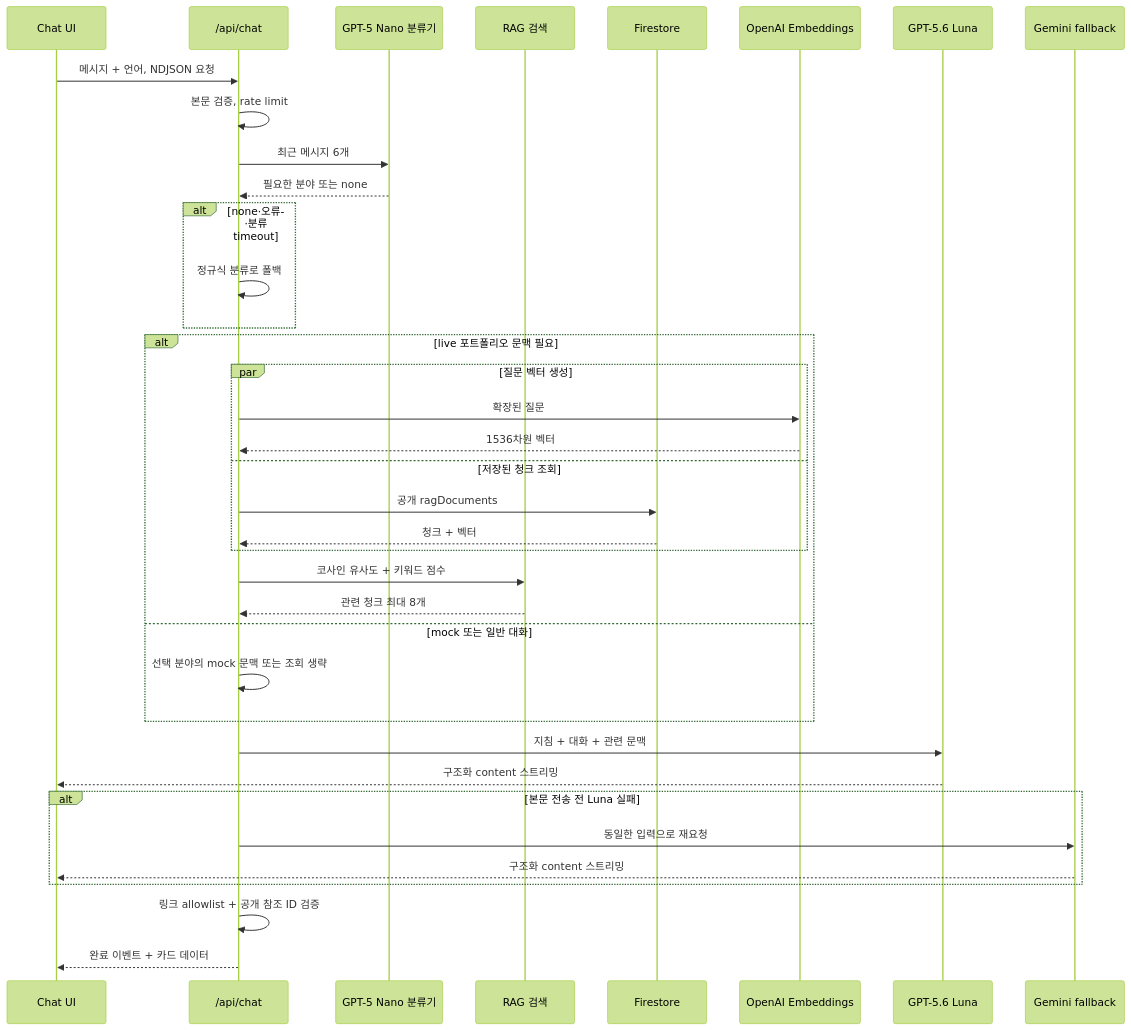
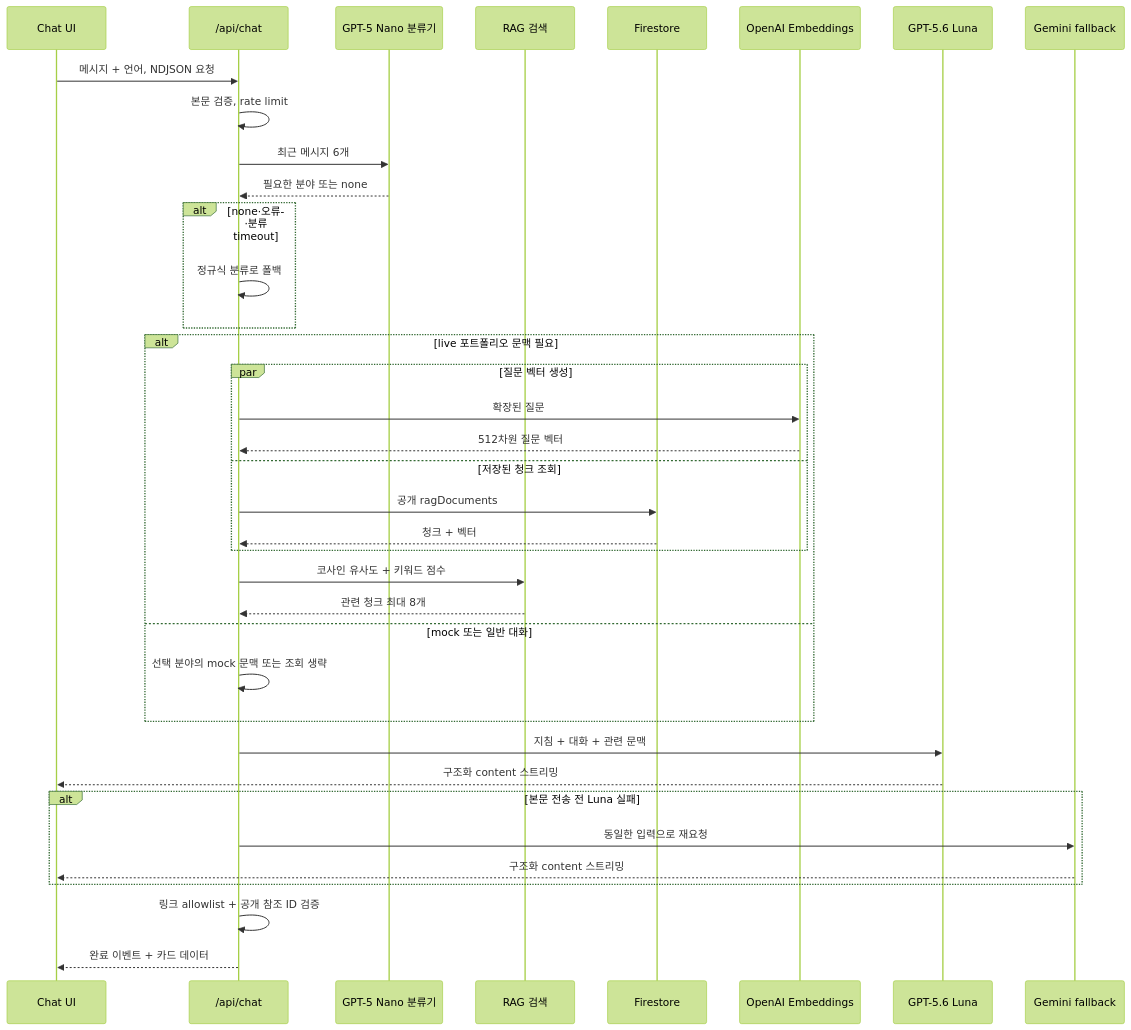
One commit to SJLee-0525/aperture changed the second of 5 diagrams in docs/chatbot-search-architecture.md. Above: the diagram before and after it, drawn with Mermaid (forest theme). The commit also changed other lines of this file and 1 other file, not shown here.

````diff
--- a/docs/chatbot-search-architecture.md
+++ b/docs/chatbot-search-architecture.md
@@ -80,40 +81,40 @@
 ```mermaid
 sequenceDiagram
     participant UI as Chat UI
     participant API as /api/chat
     participant N as GPT-5 Nano 분류기
     participant RAG as RAG 검색
     participant FS as Firestore
     participant EMB as OpenAI Embeddings
     participant L as GPT-5.6 Luna
     participant G as Gemini fallback
 
     UI->>API: 메시지 + 언어, NDJSON 요청
     API->>API: 본문 검증, rate limit
     API->>N: 최근 메시지 6개
     N-->>API: 필요한 분야 또는 none
     alt none·오류·분류 timeout
         API->>API: 정규식 분류로 폴백
     end
     alt live 포트폴리오 문맥 필요
         par 질문 벡터 생성
             API->>EMB: 확장된 질문
-            EMB-->>API: 1536차원 벡터
+            EMB-->>API: 512차원 질문 벡터
         and 저장된 청크 조회
             API->>FS: 공개 ragDocuments
             FS-->>API: 청크 + 벡터
         end
         API->>RAG: 코사인 유사도 + 키워드 점수
         RAG-->>API: 관련 청크 최대 8개
     else mock 또는 일반 대화
         API->>API: 선택 분야의 mock 문맥 또는 조회 생략
     end
     API->>L: 지침 + 대화 + 관련 문맥
     L-->>UI: 구조화 content 스트리밍
     alt 본문 전송 전 Luna 실패
         API->>G: 동일한 입력으로 재요청
         G-->>UI: 구조화 content 스트리밍
     end
     API->>API: 링크 allowlist + 공개 참조 ID 검증
     API-->>UI: 완료 이벤트 + 카드 데이터
 ```
````
